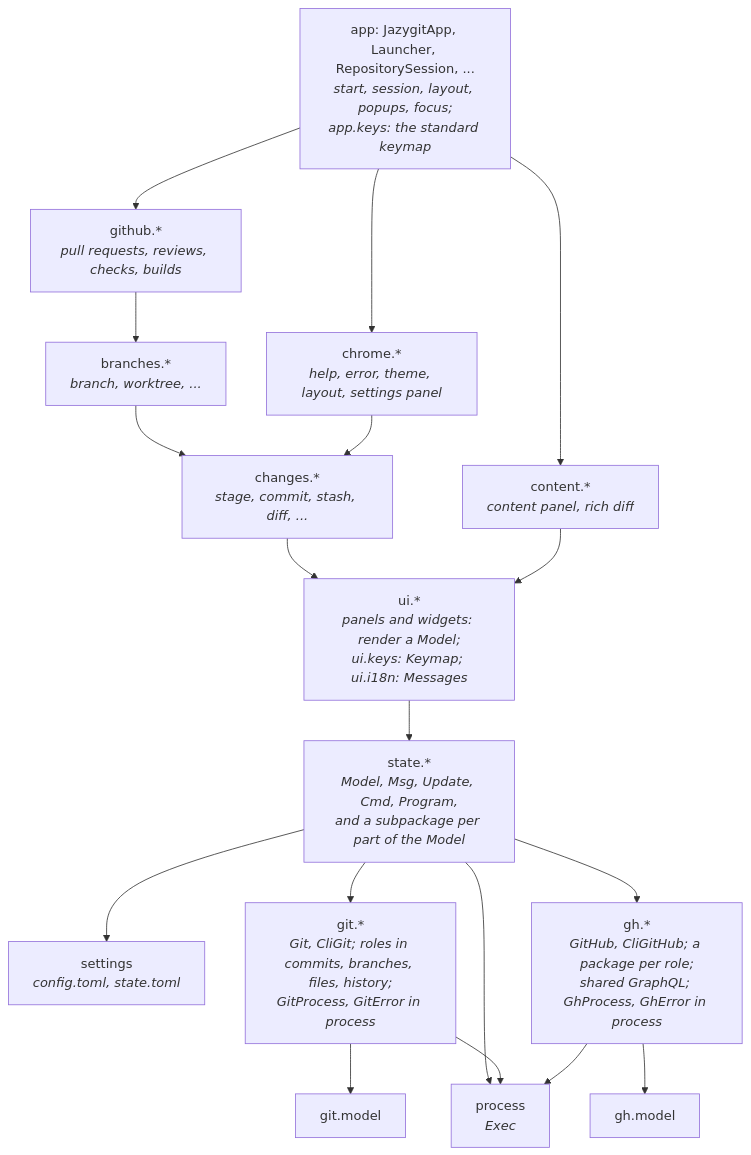
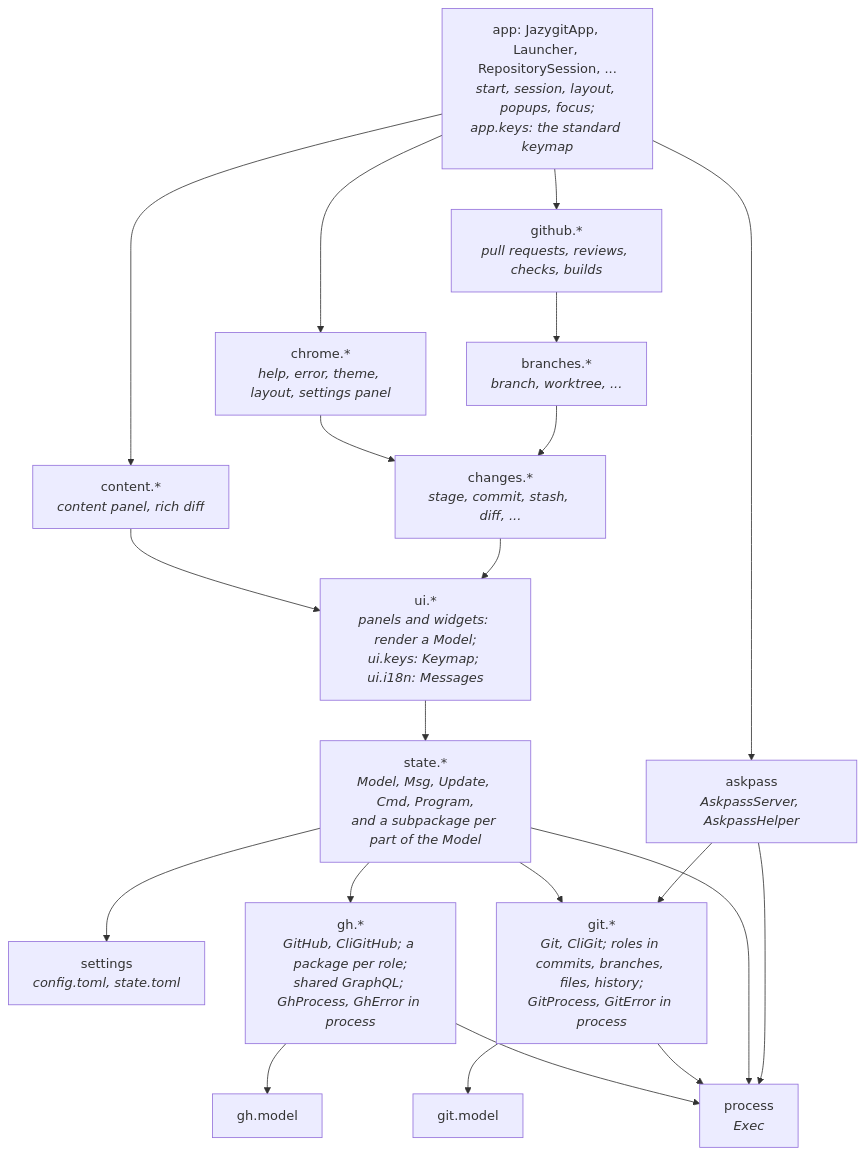
Before and after one commit to cvanfleteren/jazygit: the first of 4 diagrams in ARCHITECTURE.md, drawn with Mermaid. The commit also changed other lines of this file and 24 other files, not shown here.

First line of the commit message:
The askpass socket, helper and launcher are a module of their own

````diff
--- a/ARCHITECTURE.md
+++ b/ARCHITECTURE.md
@@ -58,35 +59,39 @@
 ```mermaid
 graph TD
     App["app: JazygitApp, Launcher, RepositorySession, ...<br/><i>start, session, layout, popups, focus;<br/>app.keys: the standard keymap</i>"]
     Chrome["chrome.*<br/><i>help, error, theme, layout, settings panel</i>"]
     Github["github.*<br/><i>pull requests, reviews, checks, builds</i>"]
     Branches["branches.*<br/><i>branch, worktree, ...</i>"]
     Changes["changes.*<br/><i>stage, commit, stash, diff, ...</i>"]
     Content["content.*<br/><i>content panel, rich diff</i>"]
     UI["ui.*<br/><i>panels and widgets: render a Model;<br/>ui.keys: Keymap; ui.i18n: Messages</i>"]
     State["state.*<br/><i>Model, Msg, Update, Cmd, Program,<br/>and a subpackage per part of the Model</i>"]
     Settings["settings<br/><i>config.toml, state.toml</i>"]
     Git["git.*<br/><i>Git, CliGit; roles in commits, branches, files, history;<br/>GitProcess, GitError in process</i>"]
     GitModel["git.model"]
     Gh["gh.*<br/><i>GitHub, CliGitHub; a package per role;<br/>shared GraphQL; GhProcess, GhError in process</i>"]
     GhModel["gh.model"]
     Process["process<br/><i>Exec</i>"]
+    Askpass["askpass<br/><i>AskpassServer, AskpassHelper</i>"]
 
     App --> Chrome
     App --> Github
     Github --> Branches
     Branches --> Changes
     Chrome --> Changes
     Changes --> UI
     App --> Content
+    App --> Askpass
+    Askpass --> Git
+    Askpass --> Process
     Content --> UI
     UI --> State
     State --> Settings
     State --> Git
     State --> Gh
     State --> Process
     Git --> GitModel
     Gh --> GhModel
     Git --> Process
     Gh --> Process
 ```
````
